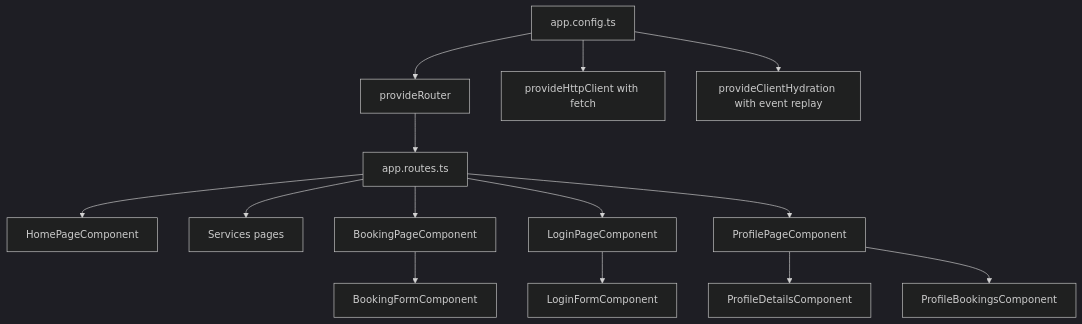
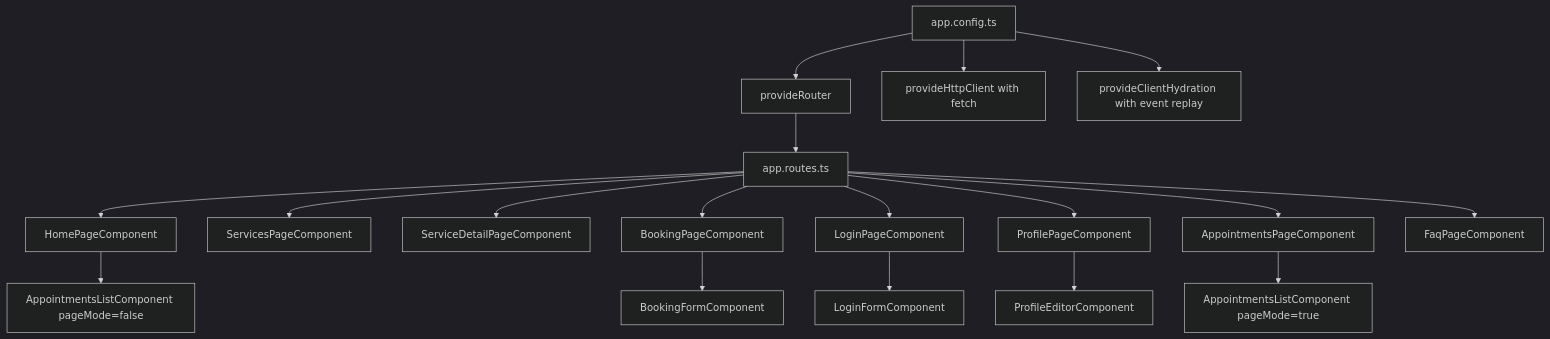
One commit to yassineao/poetsanders changed the second of 17 diagrams in README.md. Above: the diagram before and after it, drawn with Mermaid (dark theme). The commit also changed other lines of this file, not shown here.

````diff
--- a/README.md
+++ b/README.md
@@ -161,23 +215,27 @@
 ```mermaid
 flowchart TD
-    Config[app.config.ts]
+    AppConfig[app.config.ts]
     RouterProvider[provideRouter]
     HttpProvider[provideHttpClient with fetch]
     Hydration[provideClientHydration with event replay]
 
-    Config --> RouterProvider
-    Config --> HttpProvider
-    Config --> Hydration
+    AppConfig --> RouterProvider
+    AppConfig --> HttpProvider
+    AppConfig --> Hydration
 
     RouterProvider --> Routes[app.routes.ts]
     Routes --> Home[HomePageComponent]
-    Routes --> Services[Services pages]
-    Routes --> Booking[BookingPageComponent]
+    Routes --> Services[ServicesPageComponent]
+    Routes --> Detail[ServiceDetailPageComponent]
+    Routes --> Book[BookingPageComponent]
     Routes --> Login[LoginPageComponent]
     Routes --> Profile[ProfilePageComponent]
+    Routes --> Appointments[AppointmentsPageComponent]
+    Routes --> FAQ[FaqPageComponent]
 
-    Booking --> BookingForm[BookingFormComponent]
+    Home --> Preview[AppointmentsListComponent pageMode=false]
+    Book --> BookingForm[BookingFormComponent]
     Login --> LoginForm[LoginFormComponent]
-    Profile --> Details[ProfileDetailsComponent]
-    Profile --> Appointments[ProfileBookingsComponent]
+    Profile --> ProfileEditor[ProfileEditorComponent]
+    Appointments --> History[AppointmentsListComponent pageMode=true]
 ```
````
